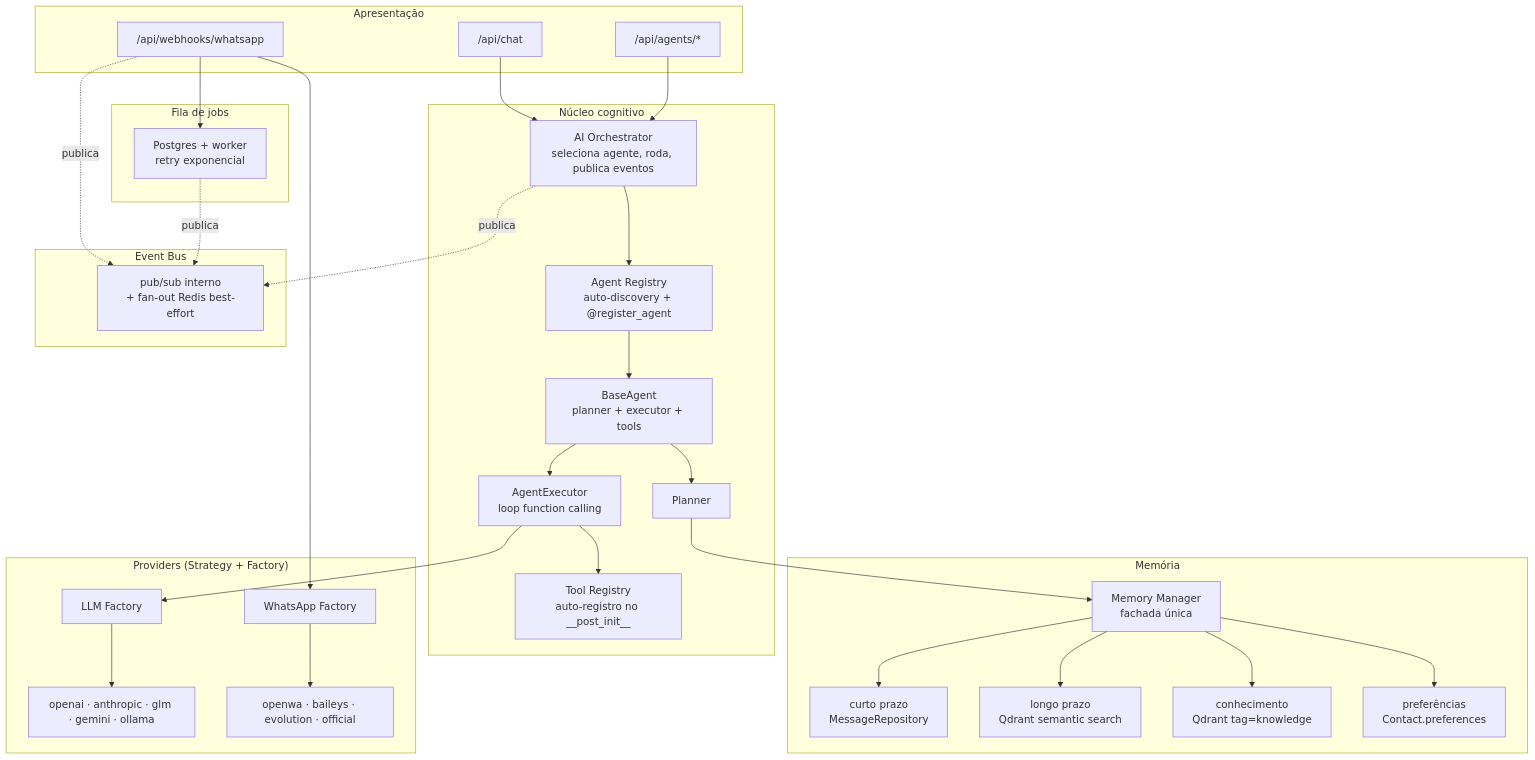
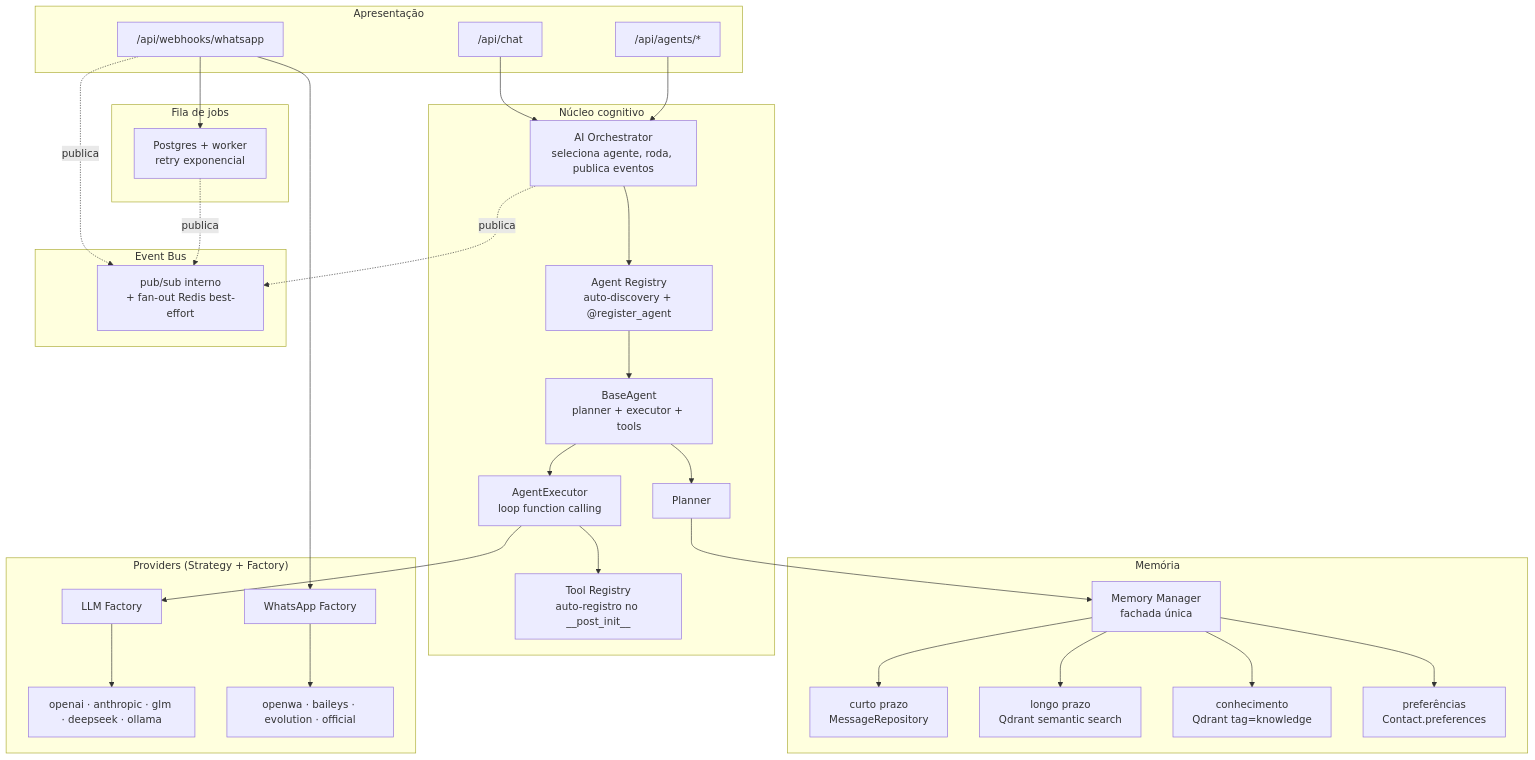
One commit to prdariomarques-ship-it/ship-it changed the second of 10 diagrams in docs/architecture.md. Above: the diagram before and after it, drawn with Mermaid. The commit also changed other lines of this file and 18 other files, not shown here.

First line of the commit message:
feat: Remove Gemini, set DeepSeek+Anthropic, disable embeddings/n8n

````diff
--- a/docs/architecture.md
+++ b/docs/architecture.md
@@ -41,61 +41,61 @@
 ```mermaid
 graph TB
     subgraph Presentation["Apresentação"]
         ChatAPI["/api/chat"]
         AgentsAPI["/api/agents/*"]
         Webhook["/api/webhooks/whatsapp"]
     end
 
     subgraph Core["Núcleo cognitivo"]
         Orchestrator["AI Orchestrator<br/>seleciona agente, roda, publica eventos"]
         AgentRegistry["Agent Registry<br/>auto-discovery + @register_agent"]
         ToolRegistry["Tool Registry<br/>auto-registro no __post_init__"]
         BaseAgent["BaseAgent<br/>planner + executor + tools"]
         Planner["Planner"]
         Executor["AgentExecutor<br/>loop function calling"]
     end
 
     subgraph Memory["Memória"]
         MemoryManager["Memory Manager<br/>fachada única"]
         ShortTerm["curto prazo<br/>MessageRepository"]
         LongTerm["longo prazo<br/>Qdrant semantic search"]
         Knowledge["conhecimento<br/>Qdrant tag=knowledge"]
         Preferences["preferências<br/>Contact.preferences"]
     end
 
     subgraph Providers["Providers (Strategy + Factory)"]
         LLMFactory["LLM Factory"]
-        LLMs["openai · anthropic · glm · gemini · ollama"]
+        LLMs["openai · anthropic · glm · deepseek · ollama"]
         WAFactory["WhatsApp Factory"]
         WAProviders["openwa · baileys · evolution · official"]
     end
 
     subgraph Bus["Event Bus"]
         EventBus["pub/sub interno<br/>+ fan-out Redis best-effort"]
     end
 
     subgraph Jobs["Fila de jobs"]
         JobQueue["Postgres + worker<br/>retry exponencial"]
     end
 
     ChatAPI --> Orchestrator
     AgentsAPI --> Orchestrator
     Orchestrator --> AgentRegistry
     AgentRegistry --> BaseAgent
     BaseAgent --> Planner
     BaseAgent --> Executor
     Executor --> ToolRegistry
     Planner --> MemoryManager
     MemoryManager --> ShortTerm
     MemoryManager --> LongTerm
     MemoryManager --> Knowledge
     MemoryManager --> Preferences
     Executor --> LLMFactory
     LLMFactory --> LLMs
     Orchestrator -. publica .-> EventBus
     Webhook -. publica .-> EventBus
     JobQueue -. publica .-> EventBus
     Webhook --> JobQueue
     Webhook --> WAFactory
     WAFactory --> WAProviders
 ```
````
